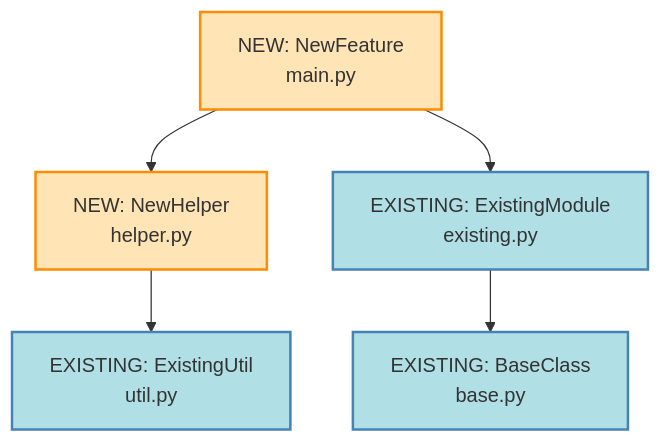
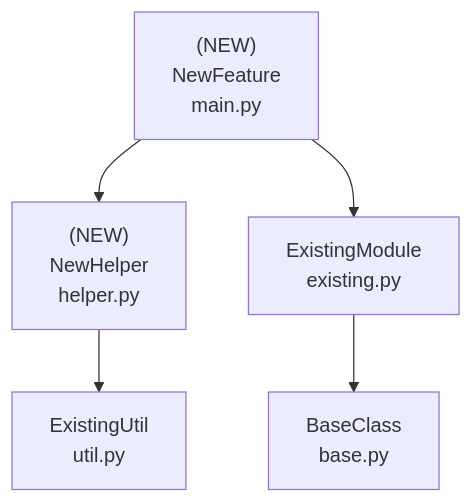
One commit to mplemay/belgie changed the fourth of 4 diagrams in design/000-design-template.md. Above: the diagram before and after it, drawn with Mermaid. The commit also changed other lines of this file and 1 other file, not shown here.

First line of the commit message:
refactor: simplified dependency graph colors and added cross-document links

````diff
--- a/design/000-design-template.md
+++ b/design/000-design-template.md
@@ -88,19 +88,13 @@
 ```mermaid
 graph TD
-    NewFeature[NEW: NewFeature<br/>main.py]
-    NewHelper[NEW: NewHelper<br/>helper.py]
-    ExistingModule[EXISTING: ExistingModule<br/>existing.py]
-    ExistingUtil[EXISTING: ExistingUtil<br/>util.py]
-    ExistingBase[EXISTING: BaseClass<br/>base.py]
+    NewFeature["(NEW)<br/>NewFeature<br/>main.py"]
+    NewHelper["(NEW)<br/>NewHelper<br/>helper.py"]
+    ExistingModule["ExistingModule<br/>existing.py"]
+    ExistingUtil["ExistingUtil<br/>util.py"]
+    ExistingBase["BaseClass<br/>base.py"]
 
     NewFeature --> NewHelper
     NewFeature --> ExistingModule
     NewHelper --> ExistingUtil
     ExistingModule --> ExistingBase
-
-    style NewFeature fill:#FFE4B5,stroke:#FF8C00,stroke-width:2px
-    style NewHelper fill:#FFE4B5,stroke:#FF8C00,stroke-width:2px
-    style ExistingModule fill:#B0E0E6,stroke:#4682B4,stroke-width:2px
-    style ExistingUtil fill:#B0E0E6,stroke:#4682B4,stroke-width:2px
-    style ExistingBase fill:#B0E0E6,stroke:#4682B4,stroke-width:2px
 ```
````
